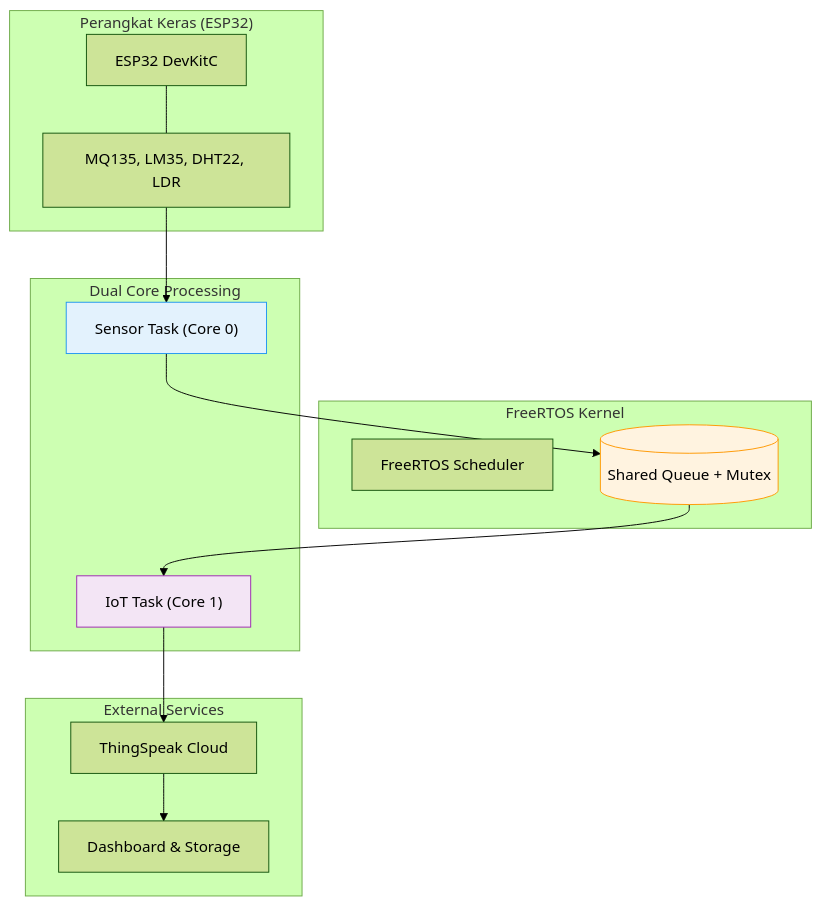
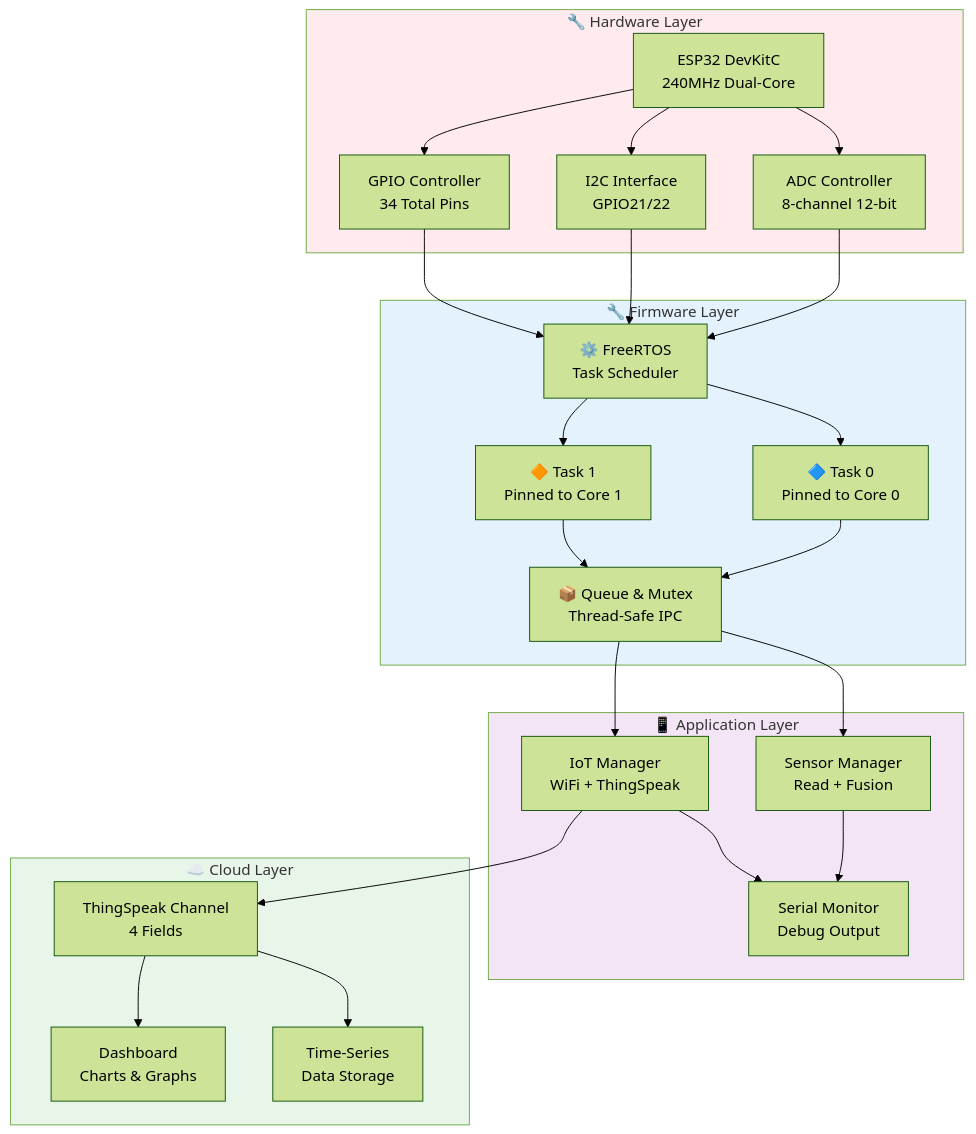
Before and after one commit to ficrammanifur/ESP32-RTOS-Environmental-Monitor: the sixth of 25 diagrams in README.md, drawn with Mermaid (forest theme). The commit also changed other lines of this file, not shown here.

````diff
--- a/README.md
+++ b/README.md
@@ -312,33 +312,57 @@
 ```mermaid
-graph TD
-    subgraph Hardware["Perangkat Keras (ESP32)"]
-        ESP["ESP32 DevKitC"]
-        SENSORS["MQ135, LM35, DHT22, LDR"]
+graph TB
+    subgraph HW["🔧 Hardware Layer"]
+        ESP["ESP32 DevKitC<br/>240MHz Dual-Core"]
+        ADC["ADC Controller<br/>8-channel 12-bit"]
+        I2C["I2C Interface<br/>GPIO21/22"]
+        GPIO["GPIO Controller<br/>34 Total Pins"]
     end
-
-    subgraph Kernel["FreeRTOS Kernel"]
-        RTOS["FreeRTOS Scheduler"]
-        QUEUE[("Shared Queue + Mutex")]
+    
+    subgraph FW["🔧 Firmware Layer"]
+        RTOS["⚙️ FreeRTOS<br/>Task Scheduler"]
+        TASK0["🔷 Task 0<br/>Pinned to Core 0"]
+        TASK1["🔶 Task 1<br/>Pinned to Core 1"]
+        COMM["📦 Queue & Mutex<br/>Thread-Safe IPC"]
     end
-
-    subgraph Processing["Dual Core Processing"]
-        TASK0["Sensor Task (Core 0)"]
-        TASK1["IoT Task (Core 1)"]
+    
+    subgraph APP["📱 Application Layer"]
+        SENSOR["Sensor Manager<br/>Read + Fusion"]
+        IOT["IoT Manager<br/>WiFi + ThingSpeak"]
+        UI["Serial Monitor<br/>Debug Output"]
     end
-
-    subgraph Cloud["External Services"]
-        TS["ThingSpeak Cloud"]
-        DB["Dashboard & Storage"]
+    
+    subgraph CLOUD["☁️ Cloud Layer"]
+        THING["ThingSpeak Channel<br/>4 Fields"]
+        VIS["Dashboard<br/>Charts & Graphs"]
+        STORE["Time-Series<br/>Data Storage"]
     end
-
-    ESP --- SENSORS
-    SENSORS --> TASK0
-    TASK0 --> QUEUE
-    QUEUE --> TASK1
-    TASK1 --> TS
-    TS --> DB
-
-    style QUEUE fill:#fff3e0,stroke:#ff9800
-    style TASK0 fill:#e3f2fd,stroke:#2196f3
-    style TASK1 fill:#f3e5f5,stroke:#9c27b0
+    
+    ESP --> ADC
+    ESP --> I2C
+    ESP --> GPIO
+    
+    ADC --> RTOS
+    I2C --> RTOS
+    GPIO --> RTOS
+    
+    RTOS --> TASK0
+    RTOS --> TASK1
+    
+    TASK0 --> COMM
+    TASK1 --> COMM
+    
+    COMM --> SENSOR
+    COMM --> IOT
+    
+    SENSOR --> UI
+    IOT --> UI
+    
+    IOT --> THING
+    THING --> VIS
+    THING --> STORE
+    
+    style HW fill:#ffebee
+    style FW fill:#e3f2fd
+    style APP fill:#f3e5f5
+    style CLOUD fill:#e8f5e9
 ```
````
